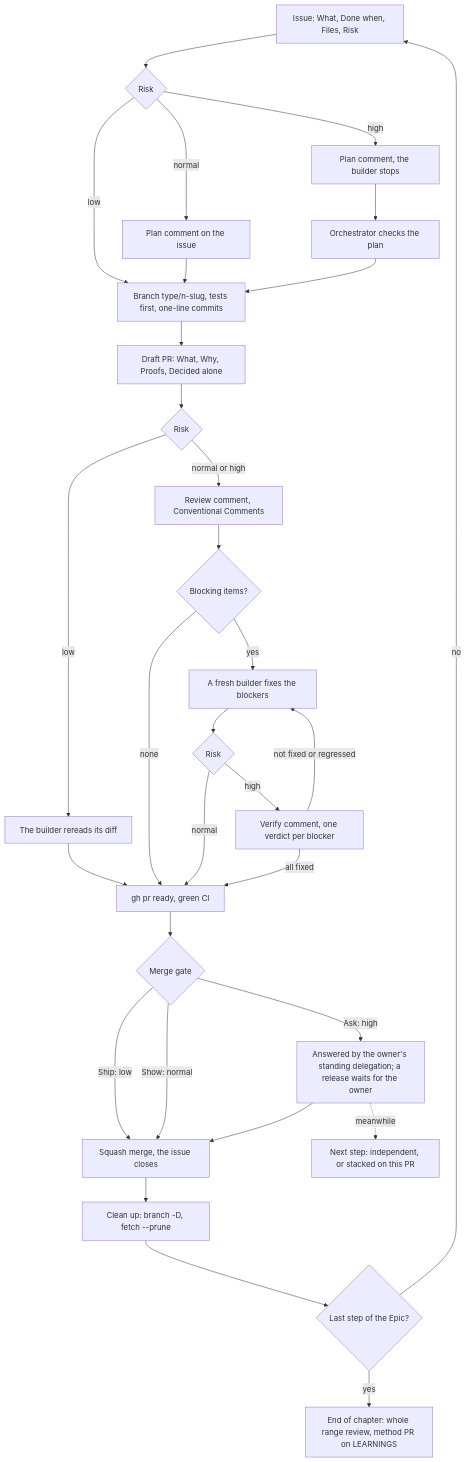
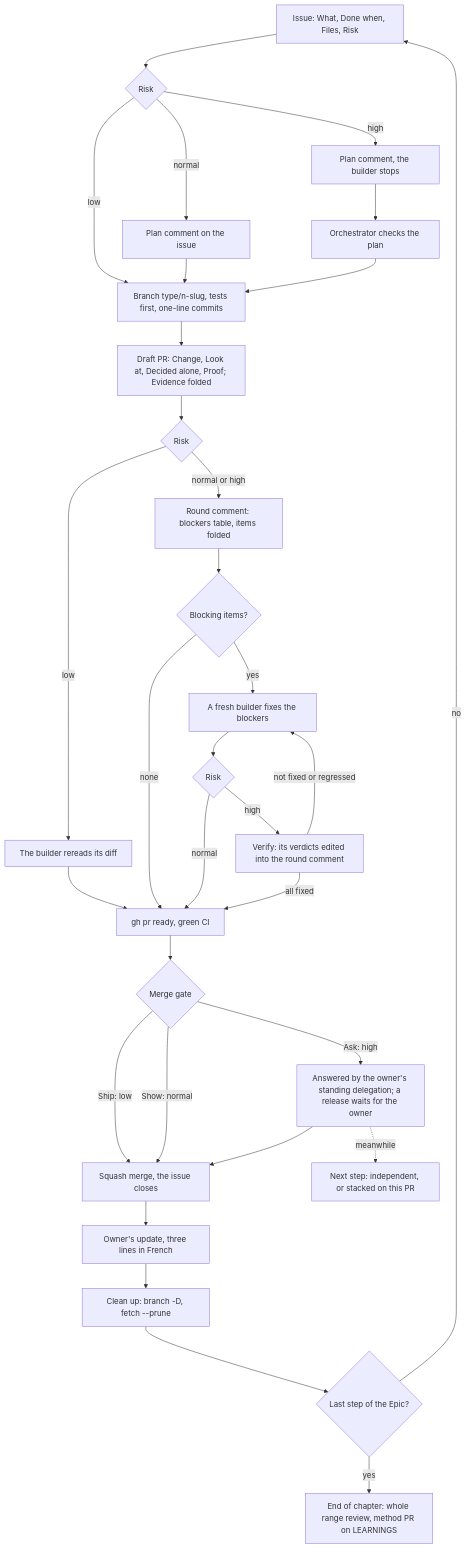
Before and after one commit to AlexandreDemartin/pgcast: the first of 2 diagrams in docs/WORKFLOW.md, drawn with Mermaid. The commit also changed other lines of this file and 19 other files, not shown here.

Commit message:
Make issues, plans, PR bodies and round comments a one-minute read, the detail folded (closes #1001) (#1002)

````diff
--- a/docs/WORKFLOW.md
+++ b/docs/WORKFLOW.md
@@ -9,28 +9,28 @@
 ```mermaid
 flowchart TD
     issue["Issue: What, Done when, Files, Risk"] --> risk1{"Risk"}
     risk1 -- "low" --> build
     risk1 -- "normal" --> planN["Plan comment on the issue"] --> build
     risk1 -- "high" --> planH["Plan comment, the builder stops"] --> check["Orchestrator checks the plan"] --> build
-    build["Branch type/n-slug, tests first, one-line commits"] --> draft["Draft PR: What, Why, Proofs, Decided alone"]
+    build["Branch type/n-slug, tests first, one-line commits"] --> draft["Draft PR: Change, Look at, Decided alone, Proof; Evidence folded"]
     draft --> risk2{"Risk"}
     risk2 -- "low" --> reread["The builder rereads its diff"] --> ready
-    risk2 -- "normal or high" --> review["Review comment, Conventional Comments"]
+    risk2 -- "normal or high" --> review["Round comment: blockers table, items folded"]
     review --> blocking{"Blocking items?"}
     blocking -- "none" --> ready
     blocking -- "yes" --> fixes["A fresh builder fixes the blockers"]
     fixes --> risk3{"Risk"}
     risk3 -- "normal" --> ready
-    risk3 -- "high" --> verify["Verify comment, one verdict per blocker"]
+    risk3 -- "high" --> verify["Verify: its verdicts edited into the round comment"]
     verify -- "not fixed or regressed" --> fixes
     verify -- "all fixed" --> ready
     ready["gh pr ready, green CI"] --> gate{"Merge gate"}
     gate -- "Ship: low" --> squash
     gate -- "Show: normal" --> squash
     gate -- "Ask: high" --> owner["Answered by the owner's standing delegation; a release waits for the owner"] --> squash
     owner -. "meanwhile" .-> next["Next step: independent, or stacked on this PR"]
-    squash["Squash merge, the issue closes"] --> clean["Clean up: branch -D, fetch --prune"]
+    squash["Squash merge, the issue closes"] --> update["Owner's update, three lines in French"] --> clean["Clean up: branch -D, fetch --prune"]
     clean --> epic{"Last step of the Epic?"}
     epic -- "no" --> issue
     epic -- "yes" --> chapter["End of chapter: whole range review, method PR on LEARNINGS"]
 ```
````
